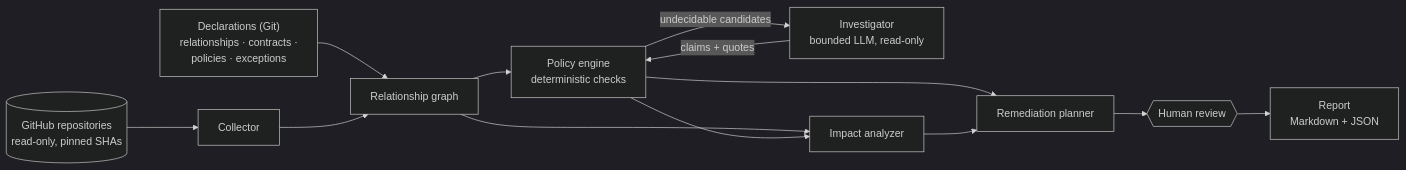
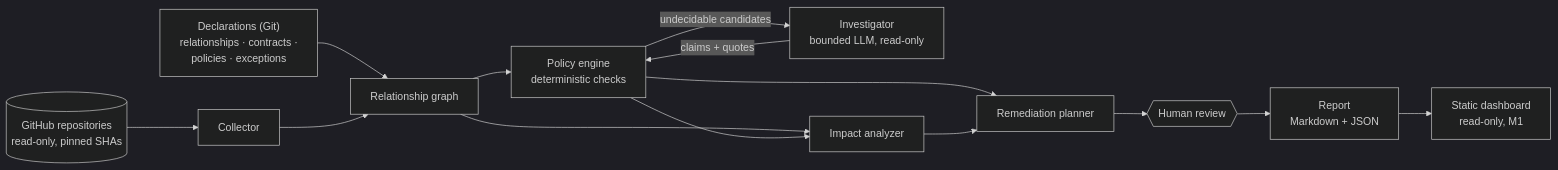
The diagram in README.md (koydas/repo-orchestrator), drawn with Mermaid (dark theme) before and after one commit. The commit also changed other lines of this file and 13 other files, not shown here.

First line of the commit message:
Add a static, read-only report dashboard (ADR-0012) (#6)

````diff
--- a/README.md
+++ b/README.md
@@ -49,14 +59,15 @@
 ```mermaid
 flowchart LR
     repos[("GitHub repositories<br/>read-only, pinned SHAs")] --> col["Collector"]
     decl["Declarations (Git)<br/>relationships · contracts ·<br/>policies · exceptions"] --> grf["Relationship graph"]
     col --> grf --> eng["Policy engine<br/>deterministic checks"]
     eng -- "undecidable candidates" --> inv["Investigator<br/>bounded LLM, read-only"]
     inv -- "claims + quotes" --> eng
     grf --> imp["Impact analyzer"]
     eng --> imp
     eng --> plan["Remediation planner"]
     imp --> plan
     plan --> gate{{"Human review"}}
     gate --> report["Report<br/>Markdown + JSON"]
+    report --> dash["Static dashboard<br/>read-only, M1"]
 ```
````
